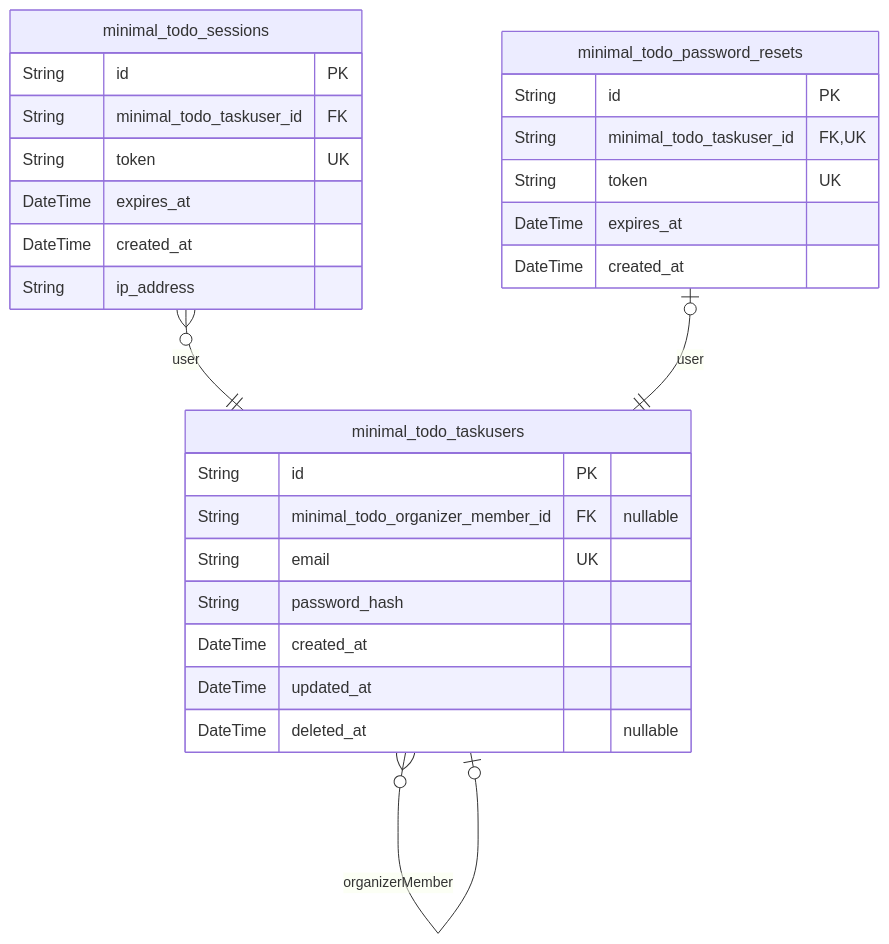
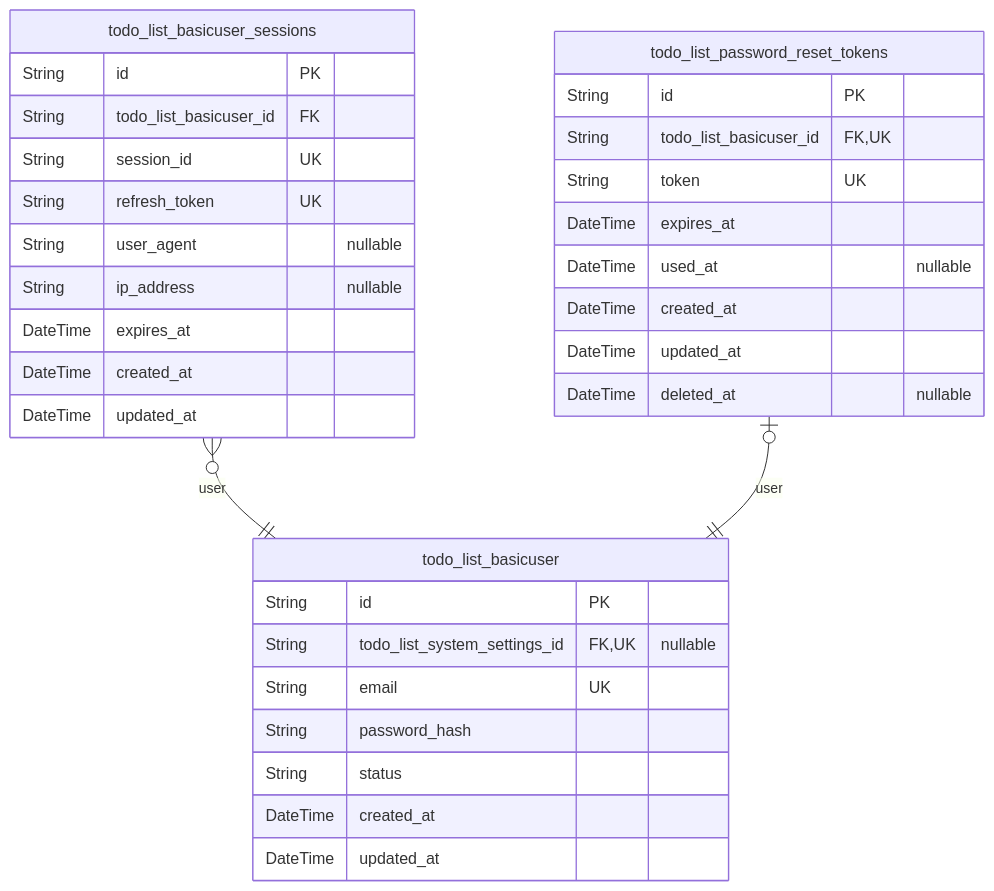
One commit to wrtnlabs/autobe-example-todo-qwen-qwen3-235b-a22b-2507 changed the second of 3 diagrams in docs/ERD.md. Above: the diagram before and after it, drawn with Mermaid. The commit also changed other lines of this file and 109 other files, not shown here.

````diff
--- a/docs/ERD.md
+++ b/docs/ERD.md
@@ -10,30 +114,35 @@
 ```mermaid
 erDiagram
-"minimal_todo_taskusers" {
+"todo_list_basicuser" {
   String id PK
-  String minimal_todo_organizer_member_id FK "nullable"
+  String todo_list_system_settings_id FK,UK "nullable"
   String email UK
   String password_hash
+  String status
+  DateTime created_at
+  DateTime updated_at
+}
+"todo_list_basicuser_sessions" {
+  String id PK
+  String todo_list_basicuser_id FK
+  String session_id UK
+  String refresh_token UK
+  String user_agent "nullable"
+  String ip_address "nullable"
+  DateTime expires_at
+  DateTime created_at
+  DateTime updated_at
+}
+"todo_list_password_reset_tokens" {
+  String id PK
+  String todo_list_basicuser_id FK,UK
+  String token UK
+  DateTime expires_at
+  DateTime used_at "nullable"
   DateTime created_at
   DateTime updated_at
   DateTime deleted_at "nullable"
 }
-"minimal_todo_sessions" {
-  String id PK
-  String minimal_todo_taskuser_id FK
-  String token UK
-  DateTime expires_at
-  DateTime created_at
-  String ip_address
-}
-"minimal_todo_password_resets" {
-  String id PK
-  String minimal_todo_taskuser_id FK,UK
-  String token UK
-  DateTime expires_at
-  DateTime created_at
-}
-"minimal_todo_taskusers" }o--o| "minimal_todo_taskusers" : organizerMember
-"minimal_todo_sessions" }o--|| "minimal_todo_taskusers" : user
-"minimal_todo_password_resets" |o--|| "minimal_todo_taskusers" : user
+"todo_list_basicuser_sessions" }o--|| "todo_list_basicuser" : user
+"todo_list_password_reset_tokens" |o--|| "todo_list_basicuser" : user
 ```
````
